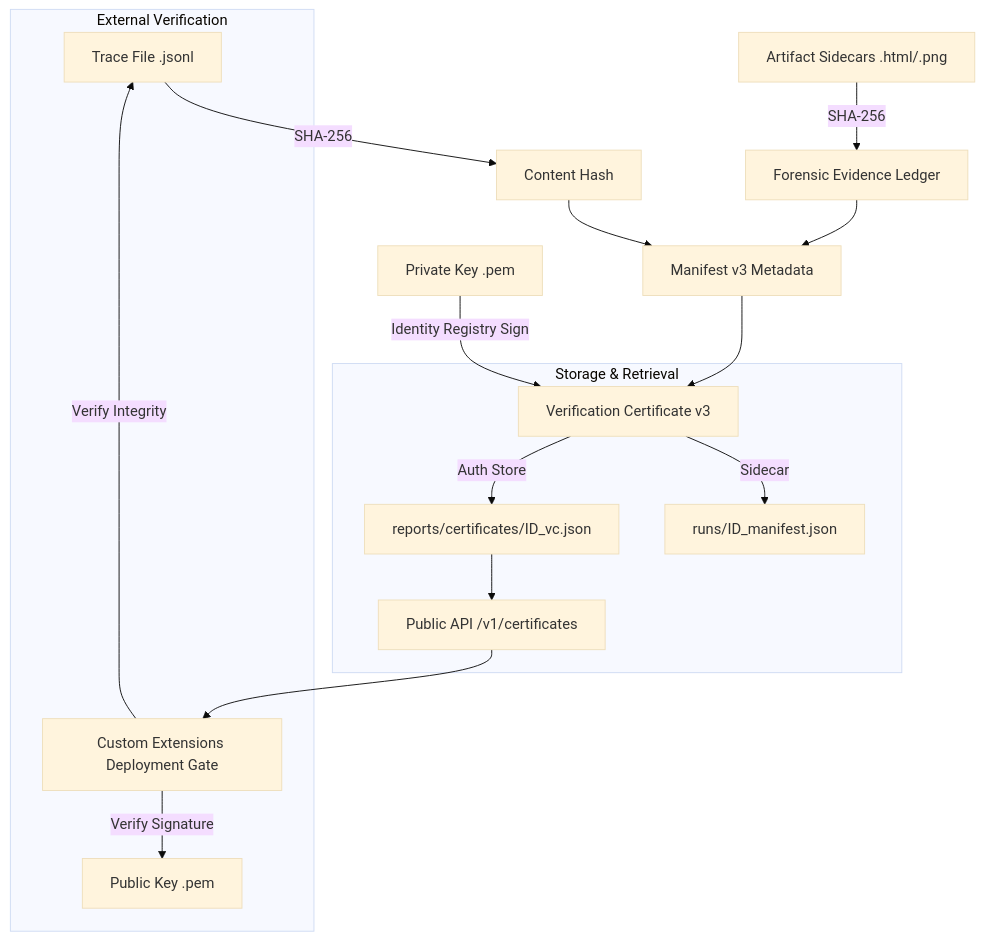
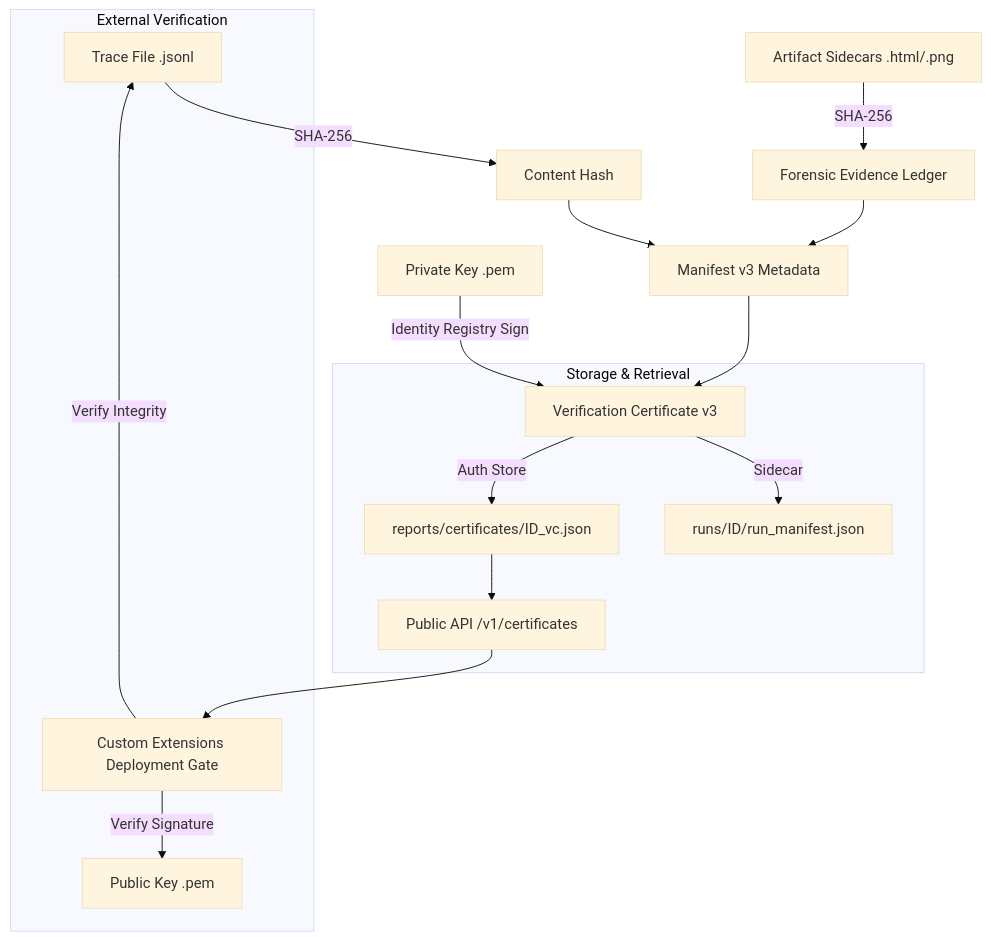
One commit to najeed/ai-agent-eval-harness changed the diagram in docs-old/spec/trust_protocol_spec_v1.md. Above: the diagram before and after it, drawn with Mermaid (base theme). The commit also changed other lines of this file and 110 other files, not shown here.

````diff
--- a/docs-old/spec/trust_protocol_spec_v1.md
+++ b/docs-old/spec/trust_protocol_spec_v1.md
@@ -4,21 +4,21 @@
 ```mermaid
 graph TD
     A[Trace File .jsonl] -->|SHA-256| B[Content Hash]
     B --> C[Manifest v3 Metadata]
     S[Artifact Sidecars .html/.png] -->|SHA-256| L[Forensic Evidence Ledger]
     L --> C
     D[Private Key .pem] -->|Identity Registry Sign| E[Verification Certificate v3]
     C --> E
     
     subgraph "Storage & Retrieval"
-        E -->|Sidecar| F[runs/ID_manifest.json]
+        E -->|Sidecar| F[runs/ID/run_manifest.json]
         E -->|Auth Store| G[reports/certificates/ID_vc.json]
         G --> H[Public API /v1/certificates]
     end
     
     subgraph "External Verification"
         H --> I[Custom Extensions Deployment Gate]
         I -->|Verify Signature| J[Public Key .pem]
         I -->|Verify Integrity| A
     end
 ```
````
